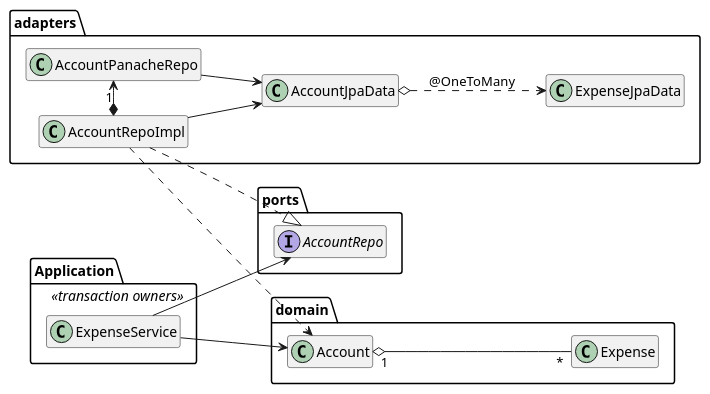
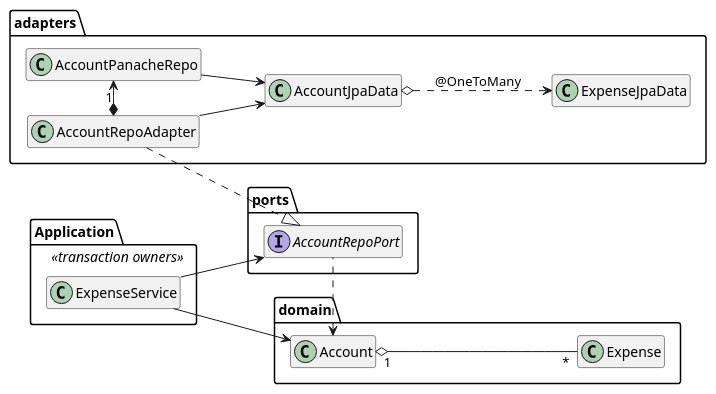
The diagram in doc/implementation/backend/architecture/scraps/hexa.class.puml (onouv/expenses), drawn with PlantUML before and after one commit. The commit also changed 16 other files, not shown here.

```diff
--- a/doc/implementation/backend/architecture/scraps/hexa.class.puml
+++ b/doc/implementation/backend/architecture/scraps/hexa.class.puml
@@ -1,47 +1,42 @@
 @startuml
 
 hide empty members
 left to right direction
+
 package adapters {
 
-    class AccountRepoImpl
+    class AccountRepoAdapter
 
     class AccountPanacheRepo
     class AccountJpaData
-    AccountRepoImpl -u-> AccountJpaData
-    AccountRepoImpl *-> "1" AccountPanacheRepo
+    AccountRepoAdapter -u-> AccountJpaData
+    AccountRepoAdapter *-> "1" AccountPanacheRepo
 
     class ExpenseJpaData
 
     AccountJpaData o..> ExpenseJpaData: @OneToMany
     AccountPanacheRepo --> AccountJpaData
 }
 
 package ports {
-    interface AccountRepo
+    interface AccountRepoPort
 
 }
 
 package Application <<transaction owners>> {
     class ExpenseService
 }
 
 package domain {
     class Expense
     class Account
 
     Account "1" o-- "*" Expense
 }
 
 ExpenseService -down-> Account
-
-
-ExpenseService --> AccountRepo
-
-AccountRepoImpl .down.|> AccountRepo
-
-AccountRepoImpl .down.> Account
-
-
+ExpenseService --> AccountRepoPort
+AccountRepoAdapter ..|> AccountRepoPort
+AccountRepoPort .left.> Account
 
 @enduml
```
